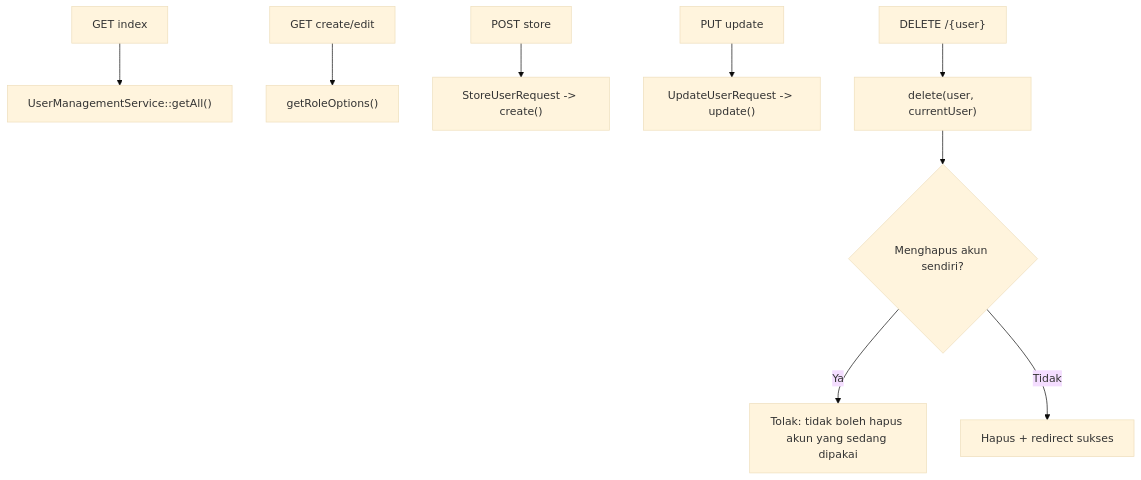
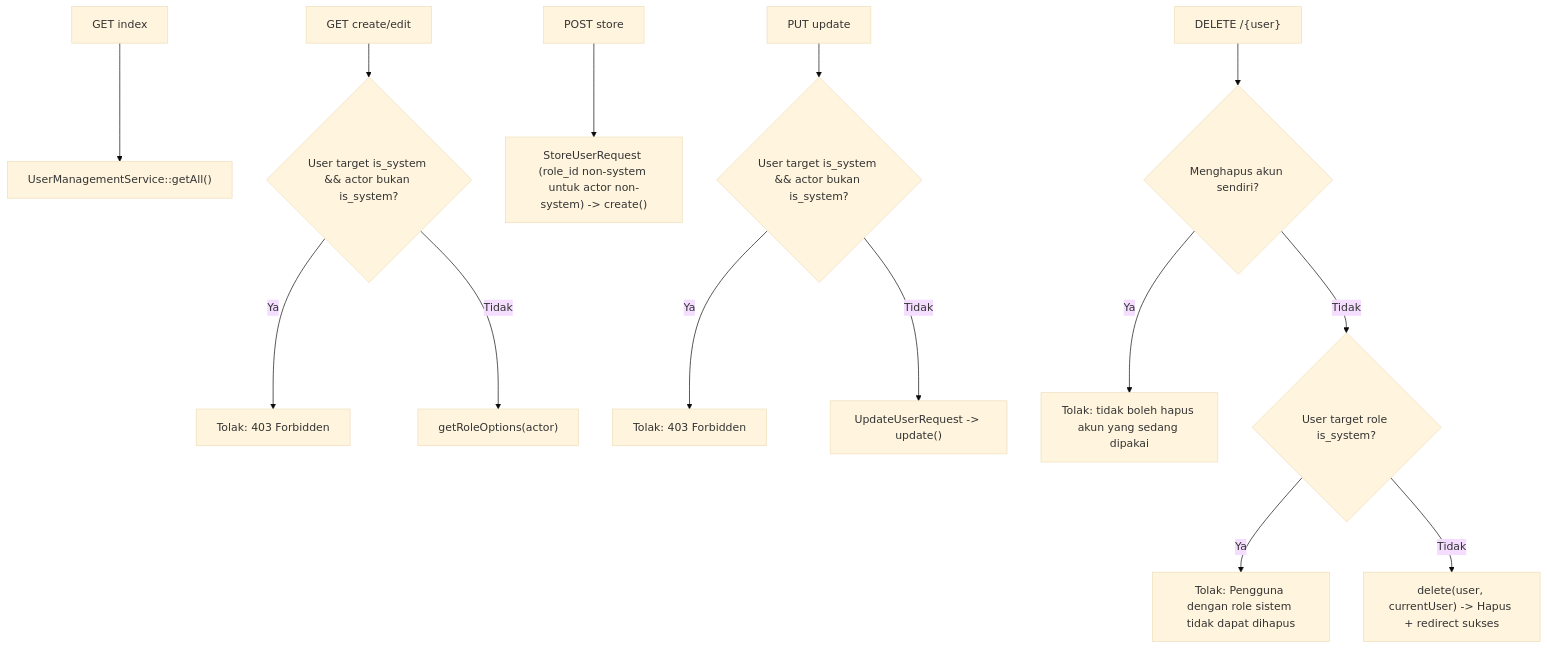
Before and after one commit to AltamaSidoarjo/laravel-siakurat-pt-smt: the diagram in dokumentasi/pengaturan-pengguna.md, drawn with Mermaid (base theme). The commit also changed other lines of this file and 12 other files, not shown here.

First line of the commit message:
feat(role-akses): sesuaikan izin role sistem serta perkuat keamanan pengguna dan role akses

````diff
--- a/dokumentasi/pengaturan-pengguna.md
+++ b/dokumentasi/pengaturan-pengguna.md
@@ -29,11 +29,16 @@
 ```mermaid
 flowchart TD
     A["GET index"] --> B["UserManagementService::getAll()"]
-    C["GET create/edit"] --> D["getRoleOptions()"]
-    E["POST store"] --> F["StoreUserRequest -> create()"]
-    G["PUT update"] --> H["UpdateUserRequest -> update()"]
-    I["DELETE /{user}"] --> J["delete(user, currentUser)"]
-    J --> K{"Menghapus akun sendiri?"}
-    K -- Ya --> L["Tolak: tidak boleh hapus akun yang sedang dipakai"]
-    K -- Tidak --> M["Hapus + redirect sukses"]
+    C["GET create/edit"] --> D{"User target is_system && actor bukan is_system?"}
+    D -- Ya --> E["Tolak: 403 Forbidden"]
+    D -- Tidak --> F["getRoleOptions(actor)"]
+    G["POST store"] --> H["StoreUserRequest (role_id non-system untuk actor non-system) -> create()"]
+    I["PUT update"] --> J{"User target is_system && actor bukan is_system?"}
+    J -- Ya --> K["Tolak: 403 Forbidden"]
+    J -- Tidak --> L["UpdateUserRequest -> update()"]
+    M["DELETE /{user}"] --> N{"Menghapus akun sendiri?"}
+    N -- Ya --> O["Tolak: tidak boleh hapus akun yang sedang dipakai"]
+    N -- Tidak --> P{"User target role is_system?"}
+    P -- Ya --> Q["Tolak: Pengguna dengan role sistem tidak dapat dihapus"]
+    P -- Tidak --> R["delete(user, currentUser) -> Hapus + redirect sukses"]
 ```
````
